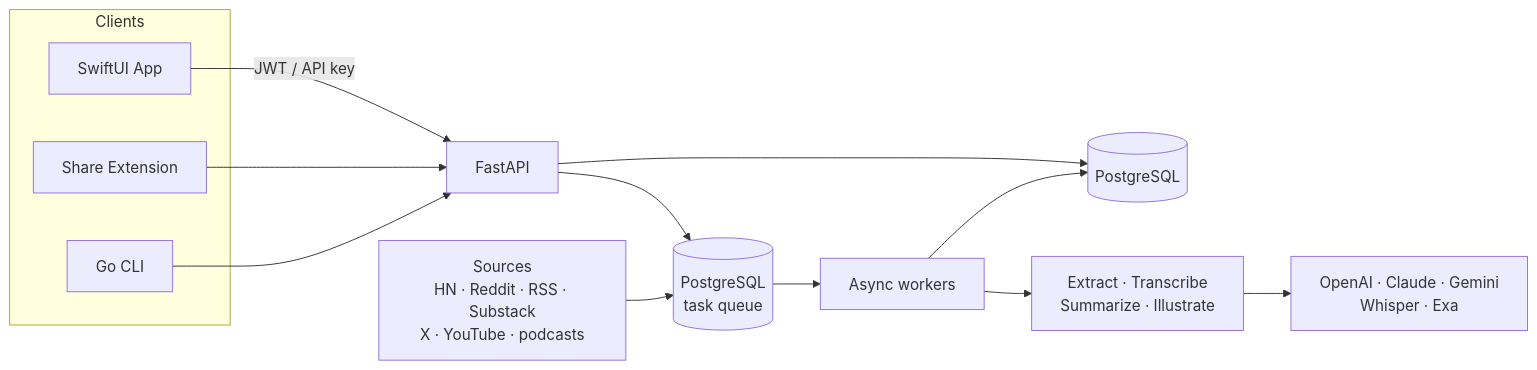
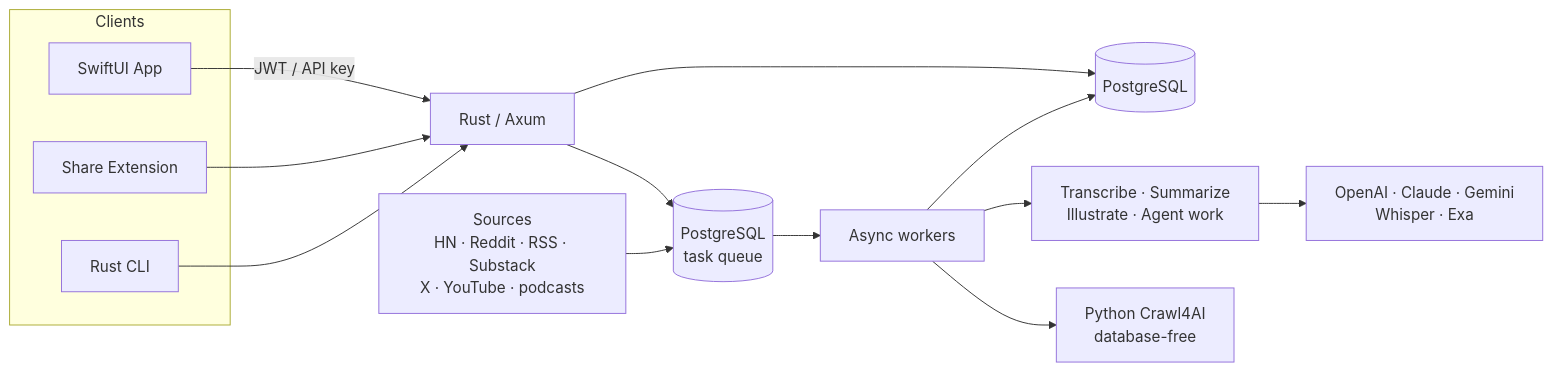
The diagram in README.md (willemave/newsbuddy), drawn with Mermaid before and after one commit. The commit also changed other lines of this file and 2123 other files, not shown here.

Commit message:
feat: replace backend and CLI with Rust

````diff
--- a/README.md
+++ b/README.md
@@ -351,21 +388,22 @@
 ```mermaid
 flowchart LR
   subgraph Clients
     iOS["SwiftUI App"]
     Share["Share Extension"]
-    CLI["Go CLI"]
+    CLI["Rust CLI"]
   end
 
-  iOS -->|JWT / API key| API["FastAPI"]
+  iOS -->|JWT / API key| API["Rust / Axum"]
   Share --> API
   CLI --> API
 
   Sources["Sources<br/>HN · Reddit · RSS · Substack<br/>X · YouTube · podcasts"] --> Queue[("PostgreSQL<br/>task queue")]
   API --> Queue
   API --> DB[(PostgreSQL)]
 
   Queue --> Workers["Async workers"]
-  Workers --> Pipeline["Extract · Transcribe<br/>Summarize · Illustrate"]
+  Workers --> Extractor["Python Crawl4AI<br/>database-free"]
+  Workers --> Pipeline["Transcribe · Summarize<br/>Illustrate · Agent work"]
   Pipeline --> Providers["OpenAI · Claude · Gemini<br/>Whisper · Exa"]
   Workers --> DB
 ```
````
